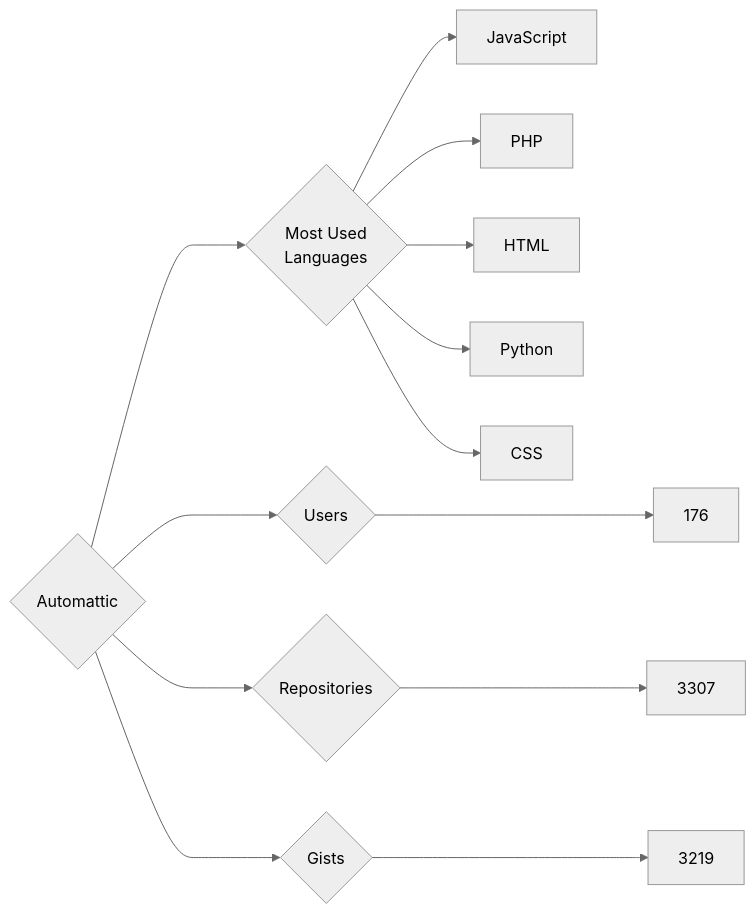
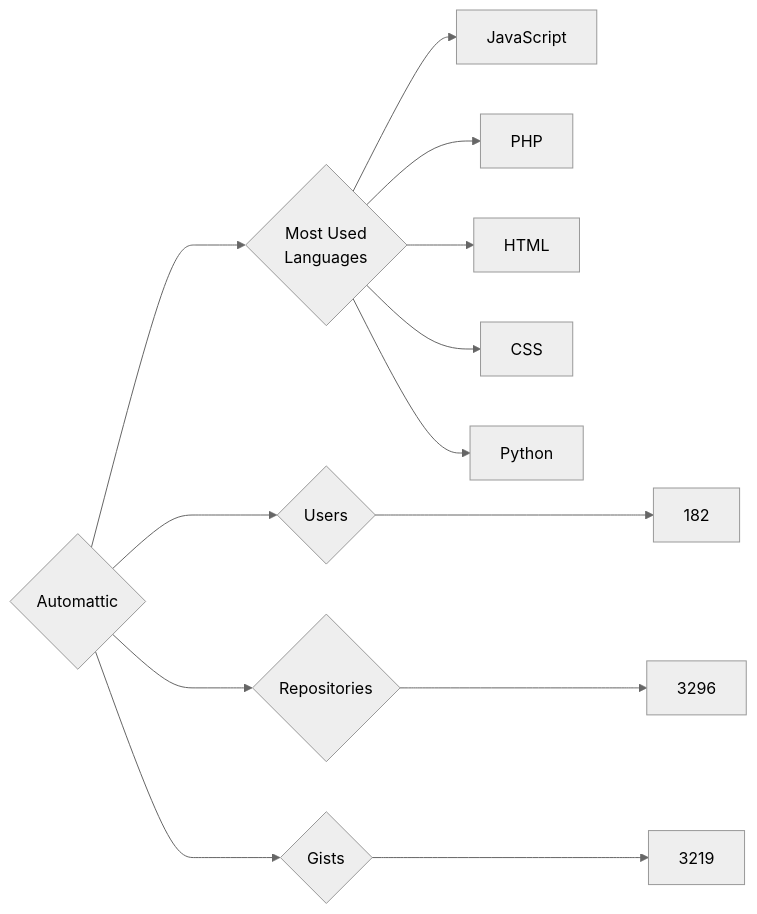
Before and after one commit to trickest/insiders: the diagram in targets/Automattic/README.md, drawn with Mermaid (neutral theme). The commit also changed 998 other files, not shown here.

````diff
--- a/targets/Automattic/README.md
+++ b/targets/Automattic/README.md
@@ -3,13 +3,13 @@
 ```mermaid
 graph LR
 COMPANY_NAME{Automattic}
-COMPANY_NAME ---> U{Users} ---> UN[176]
-COMPANY_NAME ---> R{Repositories} ---> RN[3307]
+COMPANY_NAME ---> U{Users} ---> UN[182]
+COMPANY_NAME ---> R{Repositories} ---> RN[3296]
 COMPANY_NAME ---> G{Gists} ---> GN[3219]
 COMPANY_NAME ---> ML{Most Used<br>Languages}
 ML --> JavaScript[JavaScript]
 ML --> PHP[PHP]
 ML --> HTML[HTML]
+ML --> CSS[CSS]
 ML --> Python[Python]
-ML --> CSS[CSS]
 ```
````
